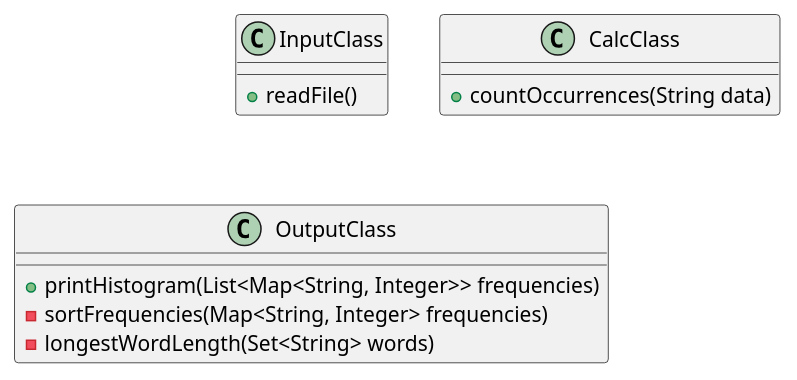
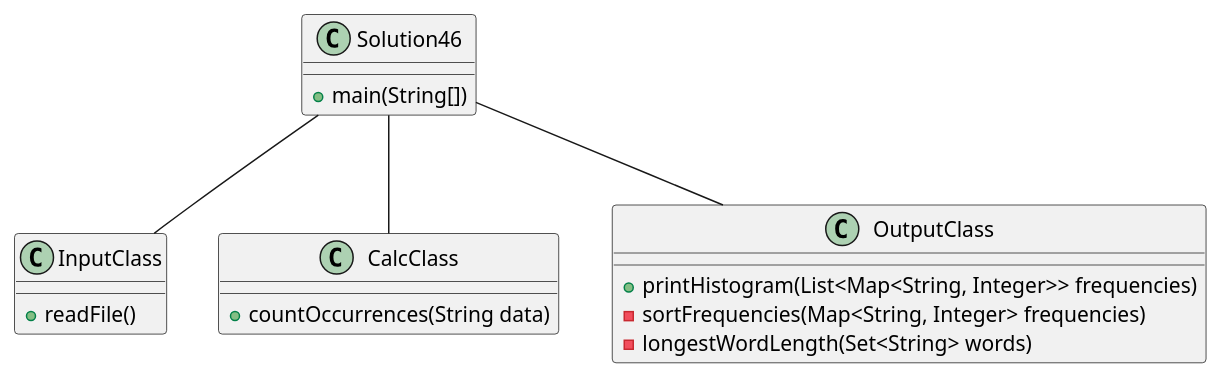
The diagram in exercise46/docs/Class Diagram.puml (BlakeLoch/lochmandy-a04), drawn with PlantUML before and after one commit. The commit also changed 11 other files, not shown here.

Commit message:
Adjust Class Diagrams

```diff
--- a/exercise46/docs/Class Diagram.puml
+++ b/exercise46/docs/Class Diagram.puml
@@ -1,18 +1,26 @@
 @startuml
 
 class InputClass {
   +readFile()
 }
 
 class CalcClass {
   +countOccurrences(String data)
 }
 
 
 class OutputClass {
   +printHistogram(List<Map<String, Integer>> frequencies)
   -sortFrequencies(Map<String, Integer> frequencies)
   -longestWordLength(Set<String> words)
 }
 
+class Solution46 {
++main(String[])
+}
+
+Solution46 -- InputClass
+Solution46 -- CalcClass
+Solution46 -- OutputClass
+
 @enduml
```
